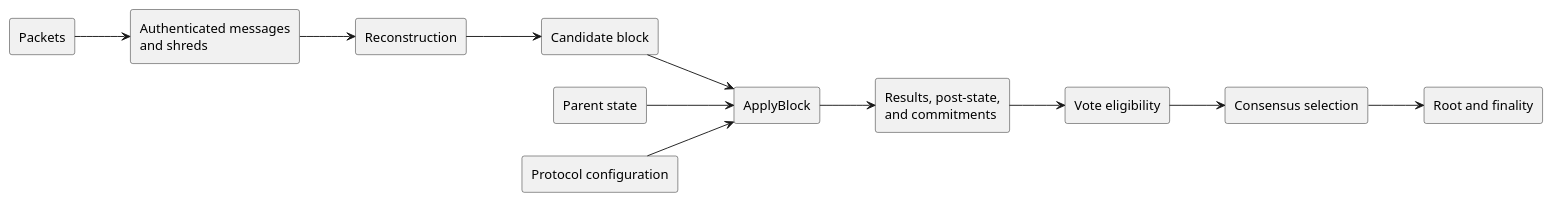
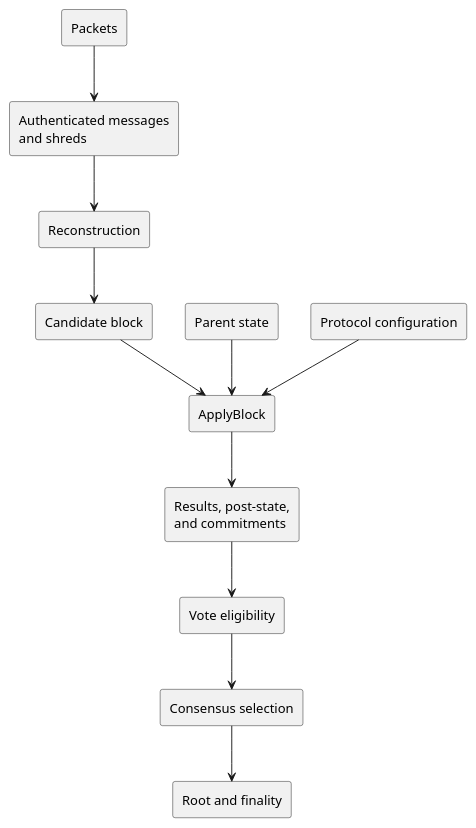
Before and after one commit to bw-solana/solana-protocol-spec: the diagram in src/03-terminology-and-system-model.md, drawn with PlantUML. The commit also changed 5 other files, not shown here.

````diff
--- a/src/03-terminology-and-system-model.md
+++ b/src/03-terminology-and-system-model.md
@@ -37,26 +37,25 @@
 ```plantuml
 @startuml
-left to right direction
 rectangle Packets as P
 rectangle "Authenticated messages\nand shreds" as A
 rectangle Reconstruction as R
 rectangle "Candidate block" as C
 rectangle "Parent state" as S
 rectangle "Protocol configuration" as G
 rectangle ApplyBlock as B
 rectangle "Results, post-state,\nand commitments" as O
 rectangle "Vote eligibility" as V
 rectangle "Consensus selection" as F
 rectangle "Root and finality" as T
 P --> A
 A --> R
 R --> C
 S --> B
 G --> B
 C --> B
 B --> O
 O --> V
 V --> F
 F --> T
 @enduml
 ```
````
